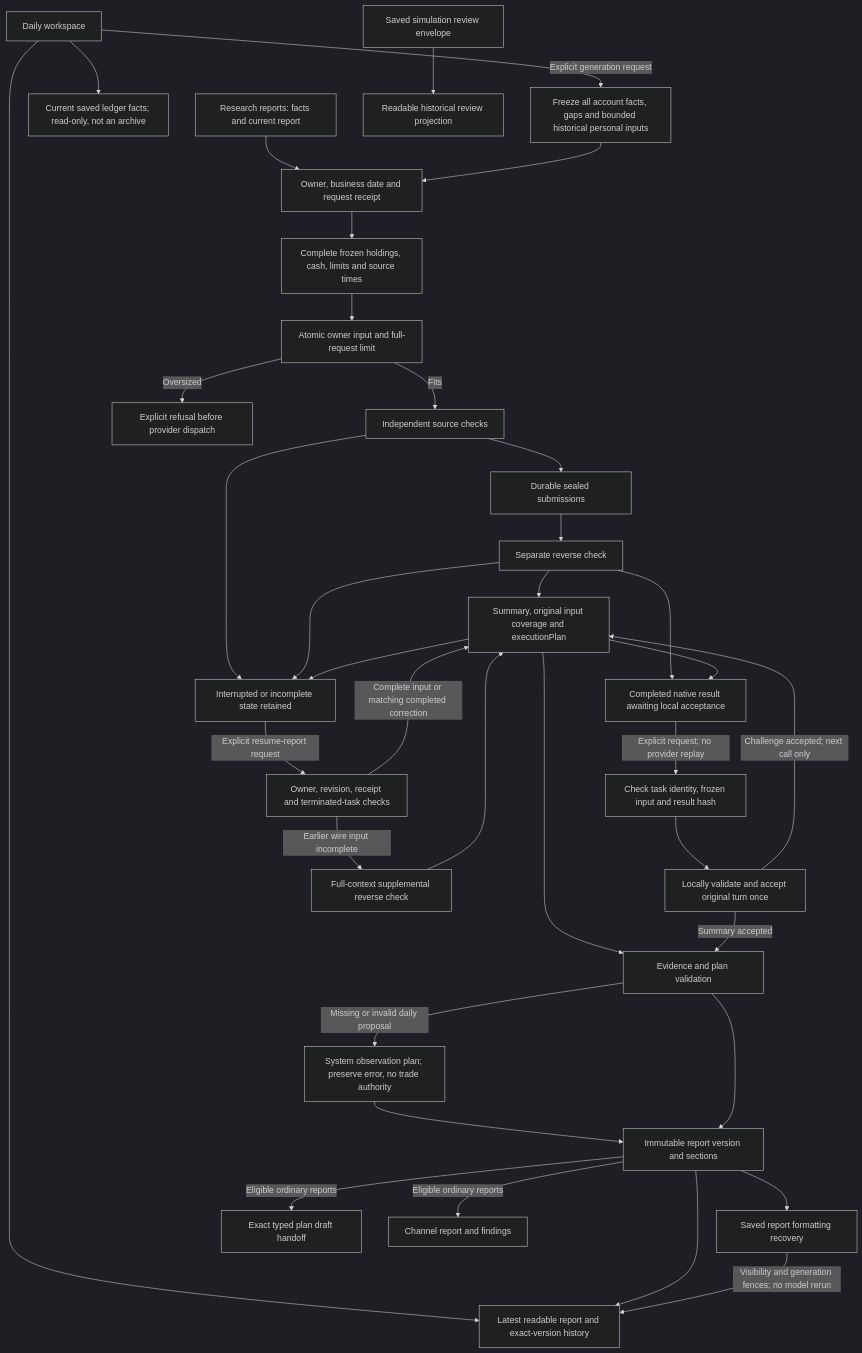
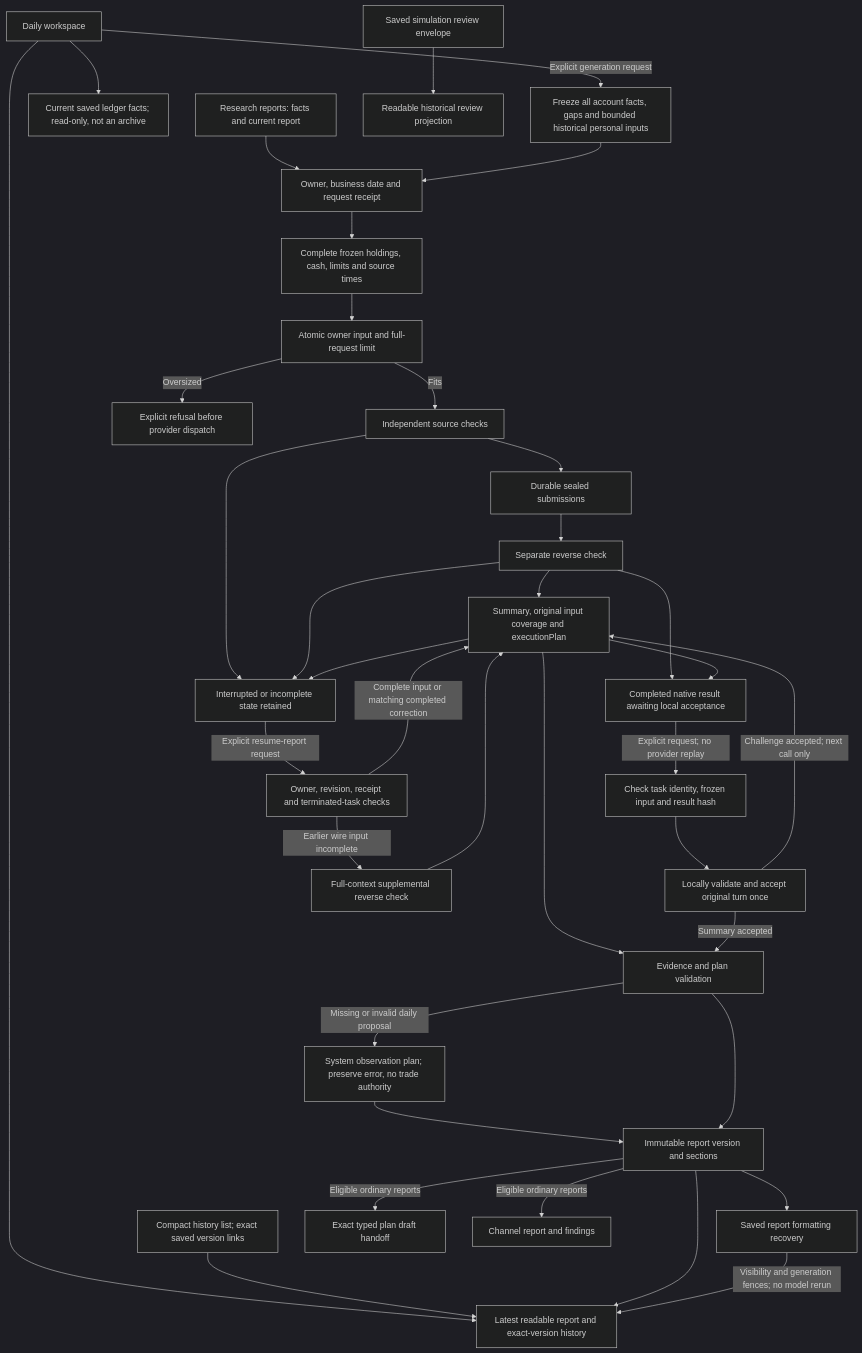
Before and after one commit to Lueyu/squabble: the second of 5 diagrams in docs/architecture.md, drawn with Mermaid (dark theme). The commit also changed other lines of this file and 69 other files, not shown here.

````diff
--- a/docs/architecture.md
+++ b/docs/architecture.md
@@ -86,38 +92,39 @@
 ```mermaid
 flowchart TD
     today["Research reports: facts and current report"] --> request["Owner, business date and request receipt"]
     dailyWorkspace["Daily workspace"] --> dailyFacts["Current saved ledger facts; read-only, not an archive"]
     dailyWorkspace --> reading
+    historyList["Compact history list; exact saved version links"] --> reading
     dailyWorkspace -->|"Explicit generation request"| overallFacts["Freeze all account facts, gaps and bounded historical personal inputs"]
     overallFacts --> request
     request --> frozen["Complete frozen holdings, cash, limits and source times"]
     frozen --> fit["Atomic owner input and full-request limit"]
     fit -->|"Fits"| independent["Independent source checks"]
     fit -->|"Oversized"| refuse["Explicit refusal before provider dispatch"]
     independent --> sealed["Durable sealed submissions"]
     sealed --> reverse["Separate reverse check"]
     reverse --> summary["Summary, original input coverage and executionPlan"]
     summary --> validate["Evidence and plan validation"]
     validate -->|"Missing or invalid daily proposal"| observationPlan["System observation plan; preserve error, no trade authority"]
     observationPlan --> archive
     validate --> archive["Immutable report version and sections"]
     archive --> reading["Latest readable report and exact-version history"]
     archive --> saved["Saved report formatting recovery"]
     saved -->|"Visibility and generation fences; no model rerun"| reading
     review["Saved simulation review envelope"] --> reviewProjection["Readable historical review projection"]
     archive -->|"Eligible ordinary reports"| handoff["Exact typed plan draft handoff"]
     archive -->|"Eligible ordinary reports"| channelSource["Channel report and findings"]
     independent --> interrupted["Interrupted or incomplete state retained"]
     reverse --> interrupted
     summary --> interrupted
     reverse --> returned["Completed native result awaiting local acceptance"]
     summary --> returned
     returned -->|"Explicit request; no provider replay"| reparse["Check task identity, frozen input and result hash"]
     reparse --> accept["Locally validate and accept original turn once"]
     accept -->|"Challenge accepted; next call only"| summary
     accept -->|"Summary accepted"| validate
     interrupted -->|"Explicit resume-report request"| resume["Owner, revision, receipt and terminated-task checks"]
     resume -->|"Earlier wire input incomplete"| correction["Full-context supplemental reverse check"]
     correction --> summary
     resume -->|"Complete input or matching completed correction"| summary
 ```
````
